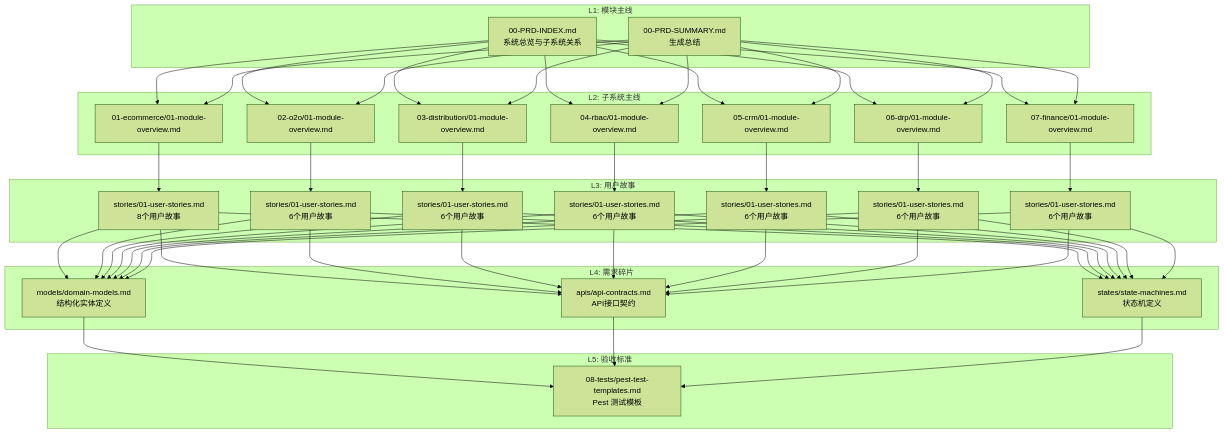
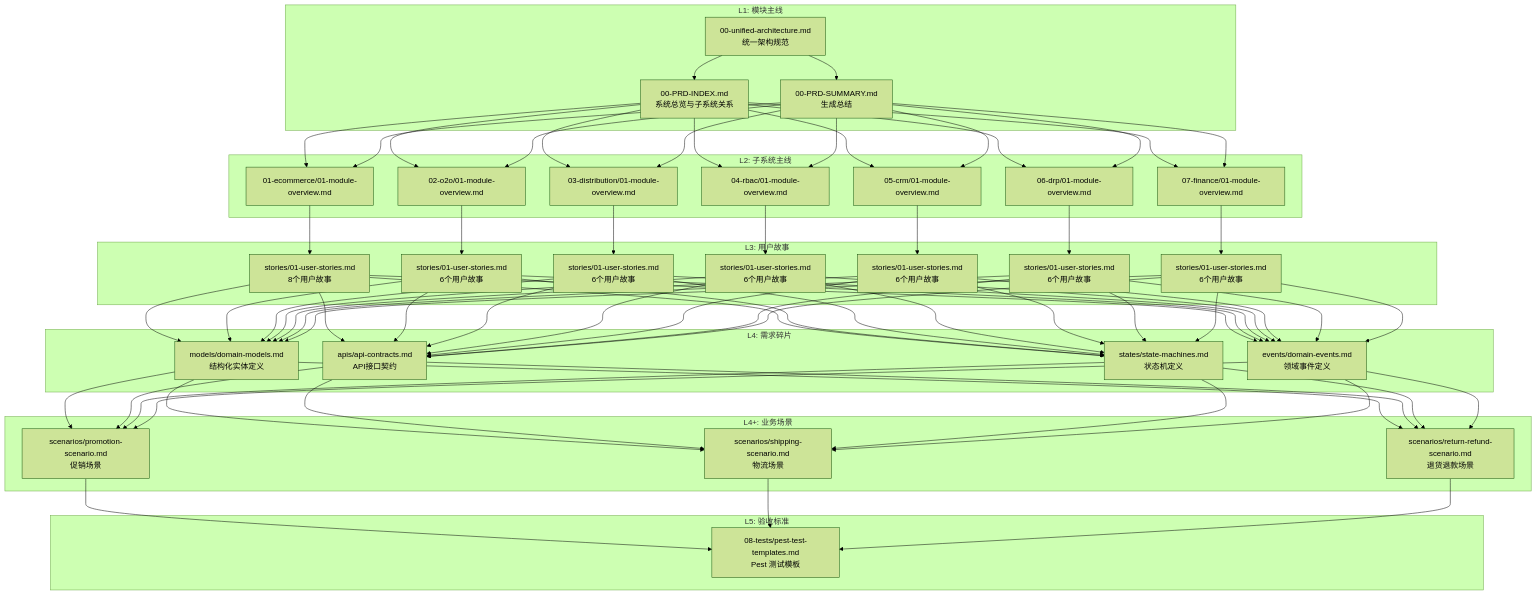
The diagram in doc/PRD/00-PRD-SUMMARY.md (wxyClark/laravel-filament), drawn with Mermaid (forest theme) before and after one commit. The commit also changed other lines of this file and 23 other files, not shown here.

````diff
--- a/doc/PRD/00-PRD-SUMMARY.md
+++ b/doc/PRD/00-PRD-SUMMARY.md
@@ -136,48 +133,58 @@
 ```mermaid
 graph TB
     subgraph "L1: 模块主线"
         INDEX[00-PRD-INDEX.md<br/>系统总览与子系统关系]
         SUMMARY[00-PRD-SUMMARY.md<br/>生成总结]
+        ARCH[00-unified-architecture.md<br/>统一架构规范]
     end
     
     subgraph "L2: 子系统主线"
         ECOM[01-ecommerce/01-module-overview.md]
         O2O[02-o2o/01-module-overview.md]
         DIST[03-distribution/01-module-overview.md]
         RBAC[04-rbac/01-module-overview.md]
         CRM[05-crm/01-module-overview.md]
         DRP[06-drp/01-module-overview.md]
         FIN[07-finance/01-module-overview.md]
     end
     
     subgraph "L3: 用户故事"
         ECOM_STORY[stories/01-user-stories.md<br/>8个用户故事]
         O2O_STORY[stories/01-user-stories.md<br/>6个用户故事]
         DIST_STORY[stories/01-user-stories.md<br/>6个用户故事]
         RBAC_STORY[stories/01-user-stories.md<br/>6个用户故事]
         CRM_STORY[stories/01-user-stories.md<br/>6个用户故事]
         DRP_STORY[stories/01-user-stories.md<br/>6个用户故事]
         FIN_STORY[stories/01-user-stories.md<br/>6个用户故事]
     end
     
     subgraph "L4: 需求碎片"
         MODELS[models/domain-models.md<br/>结构化实体定义]
         APIS[apis/api-contracts.md<br/>API接口契约]
         STATES[states/state-machines.md<br/>状态机定义]
+        EVENTS[events/domain-events.md<br/>领域事件定义]
+    end
+    
+    subgraph "L4+: 业务场景"
+        PROMO[scenarios/promotion-scenario.md<br/>促销场景]
+        SHIP[scenarios/shipping-scenario.md<br/>物流场景]
+        RETURN[scenarios/return-refund-scenario.md<br/>退货退款场景]
     end
     
     subgraph "L5: 验收标准"
         TESTS[08-tests/pest-test-templates.md<br/>Pest 测试模板]
     end
     
+    ARCH --> INDEX & SUMMARY
     INDEX & SUMMARY --> ECOM & O2O & DIST & RBAC & CRM & DRP & FIN
     ECOM --> ECOM_STORY
     O2O --> O2O_STORY
     DIST --> DIST_STORY
     RBAC --> RBAC_STORY
     CRM --> CRM_STORY
     DRP --> DRP_STORY
     FIN --> FIN_STORY
-    ECOM_STORY & O2O_STORY & DIST_STORY & RBAC_STORY & CRM_STORY & DRP_STORY & FIN_STORY --> MODELS & APIS & STATES
-    MODELS & APIS & STATES --> TESTS
+    ECOM_STORY & O2O_STORY & DIST_STORY & RBAC_STORY & CRM_STORY & DRP_STORY & FIN_STORY --> MODELS & APIS & STATES & EVENTS
+    MODELS & APIS & STATES & EVENTS --> PROMO & SHIP & RETURN
+    PROMO & SHIP & RETURN --> TESTS
 ```
````
